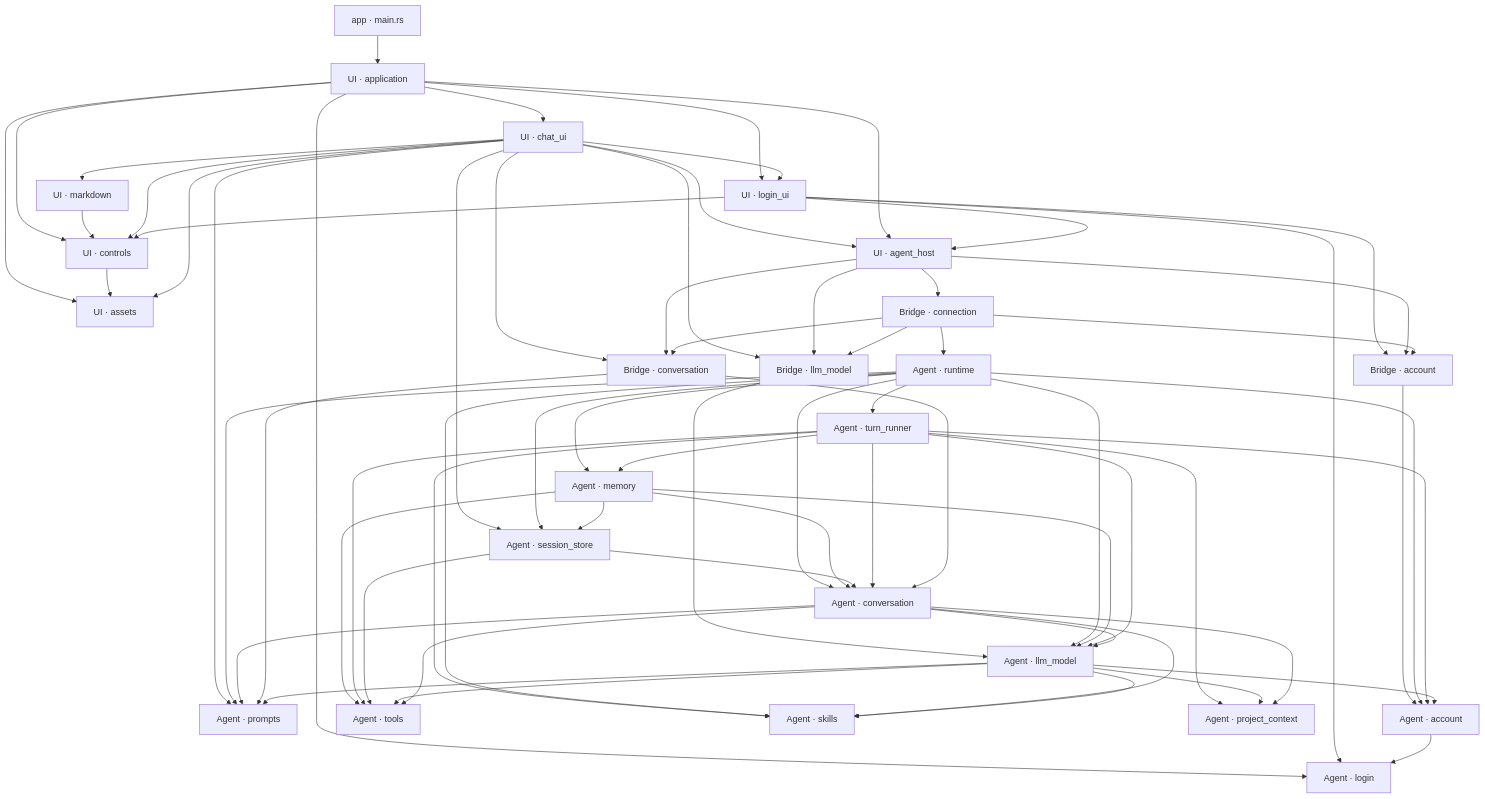
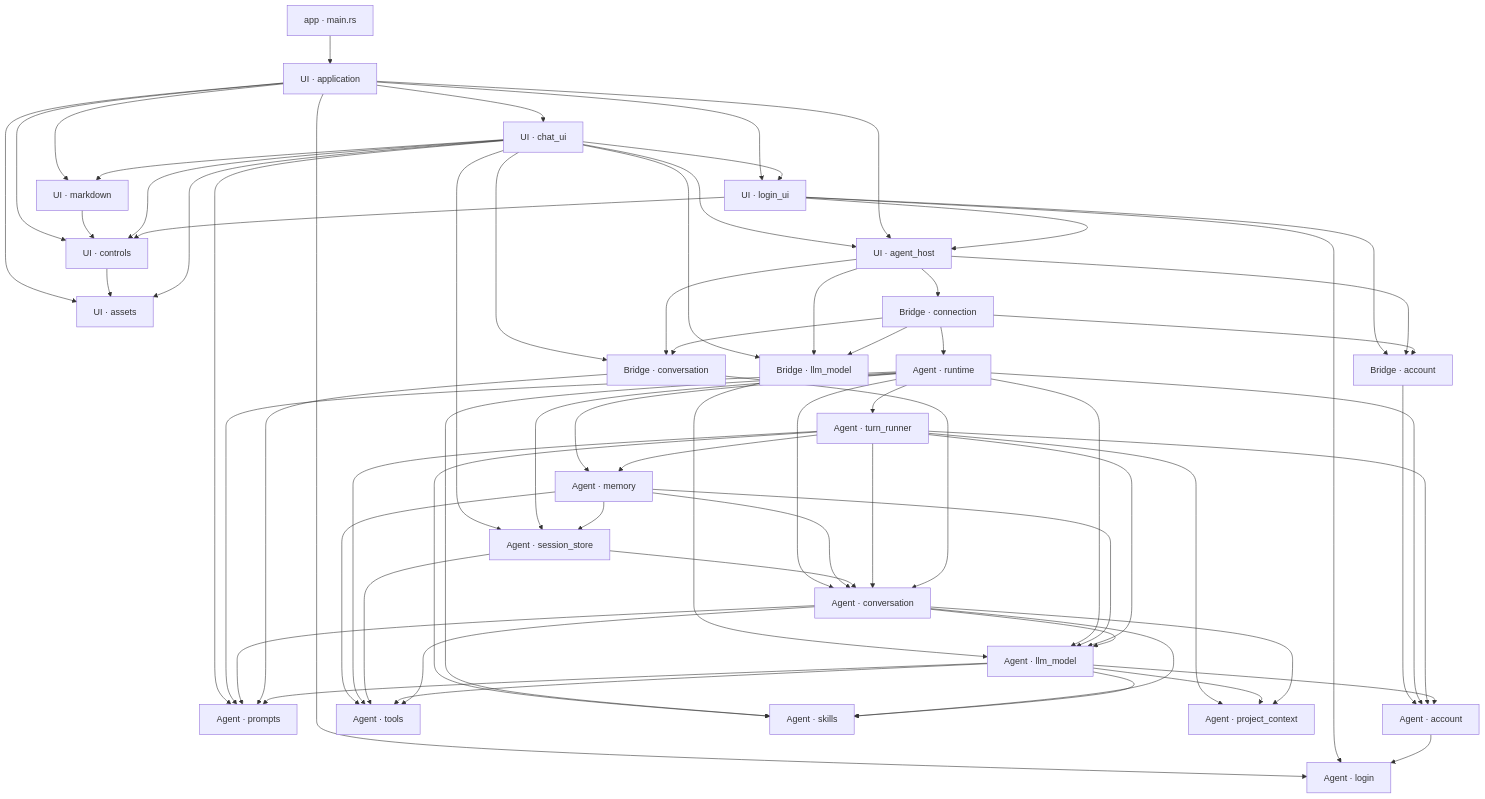
Before and after one commit to slc90/Agentelier: the first of 3 diagrams in docs/design/architecture.md, drawn with Mermaid. The commit also changed 11 other files, not shown here.

````diff
--- a/docs/design/architecture.md
+++ b/docs/design/architecture.md
@@ -38,69 +38,70 @@
 ```mermaid
 flowchart TD
     Entry["app · main.rs"] --> App["UI · application"]
     App --> UI["UI · login_ui"]
     App --> Assets["UI · assets"]
     App --> Controls["UI · controls"]
+    App --> Markdown
     Controls --> Assets
     App --> Login["Agent · login"]
     UI --> Login
     App --> ChatUI["UI · chat_ui"]
     ChatUI --> Markdown["UI · markdown"]
     Markdown --> Controls
     ChatUI --> UI
     ChatUI --> Controls
     UI --> Controls
     ChatUI --> Host
     App --> Host["UI · agent_host"]
     UI --> Host
     Host --> Connection["Bridge · connection"]
     UI --> AccountBridge["Bridge · account"]
     ChatUI --> ModelBridge["Bridge · llm_model"]
     ChatUI --> ConversationBridge["Bridge · conversation"]
     ChatUI --> Prompts["Agent · prompts"]
     ChatUI --> SessionStore
     ChatUI --> Assets
     Host --> AccountBridge
     Host --> ModelBridge
     Host --> ConversationBridge
     Connection --> Runtime["Agent · runtime"]
     Connection --> AccountBridge
     Connection --> ModelBridge
     Connection --> ConversationBridge
     AccountBridge --> Account["Agent · account"]
     ModelBridge --> Model["Agent · llm_model"]
     Runtime --> Account
     Runtime --> Model
     Runtime --> Conversation["Agent · conversation"]
     Runtime --> SessionStore["Agent · session_store"]
     Runtime --> Memory["Agent · memory"]
     Runtime --> Prompts
     Memory --> SessionStore
     Memory --> Conversation
     Memory --> Model
     Memory --> Tools
     SessionStore --> Conversation
     Runtime --> Runner["Agent · turn_runner"]
     Runner --> Conversation
     Runner --> Skills["Agent · skills"]
     Runtime --> Skills
     Conversation --> Skills
     Runner --> ProjectContext["Agent · project_context"]
     Runner --> Model
     Runner --> Memory
     Runner --> Account
     Runner --> Tools["Agent · tools"]
     SessionStore --> Tools
     Model --> Skills
     Model --> ProjectContext
     Model --> Tools
     Conversation --> Tools
     Conversation --> Model
     Conversation --> Prompts
     Conversation --> ProjectContext
     ConversationBridge --> Conversation
     ConversationBridge --> Prompts
     Model --> Prompts
     Model --> Account
     Account --> Login
 ```
````
